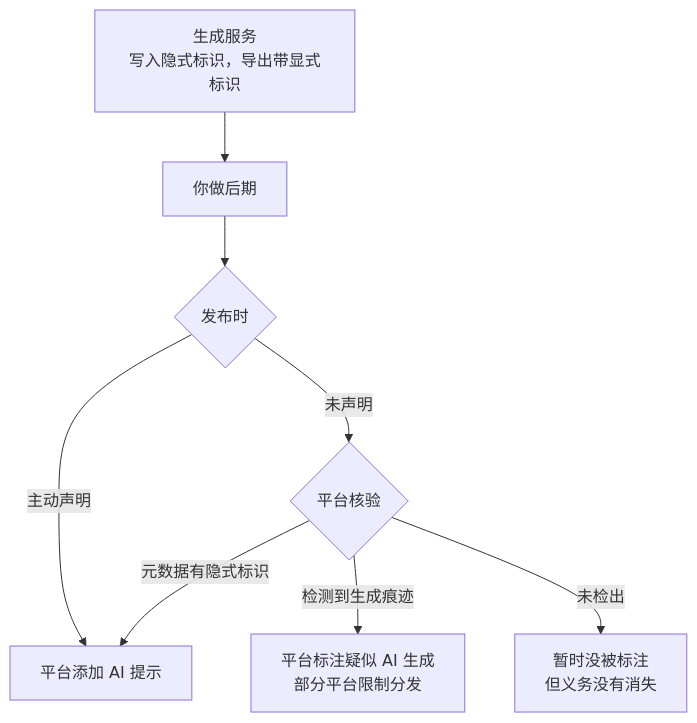
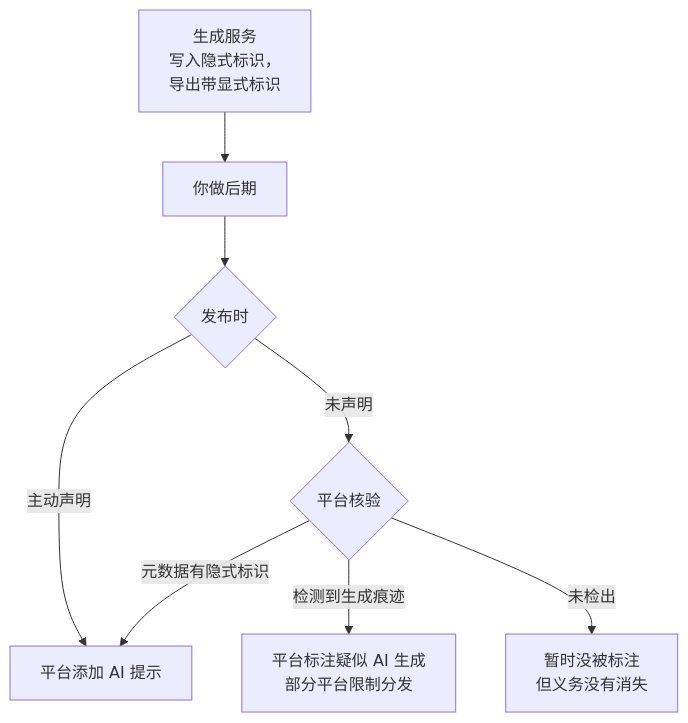
Before and after one commit to jarvis-pro/hatch-shelf: the diagram in books/ai-content-pipeline/10-platform-rules.md, drawn with Mermaid. The commit also changed 432 other files, not shown here.

````diff
--- a/books/ai-content-pipeline/10-platform-rules.md
+++ b/books/ai-content-pipeline/10-platform-rules.md
@@ -60,10 +60,10 @@
 ```mermaid
 flowchart TB
-  A["生成服务<br/>写入隐式标识，导出带显式标识"] --> B["你做后期"]
+  A["生成服务<br/>写入隐式标识，<br/>导出带显式标识"] --> B["你做后期"]
   B --> C{"发布时"}
   C -->|"主动声明"| D["平台添加 AI 提示"]
   C -->|"未声明"| E{"平台核验"}
   E -->|"元数据有隐式标识"| D
   E -->|"检测到生成痕迹"| F["平台标注疑似 AI 生成<br/>部分平台限制分发"]
   E -->|"未检出"| G["暂时没被标注<br/>但义务没有消失"]
 ```
````
